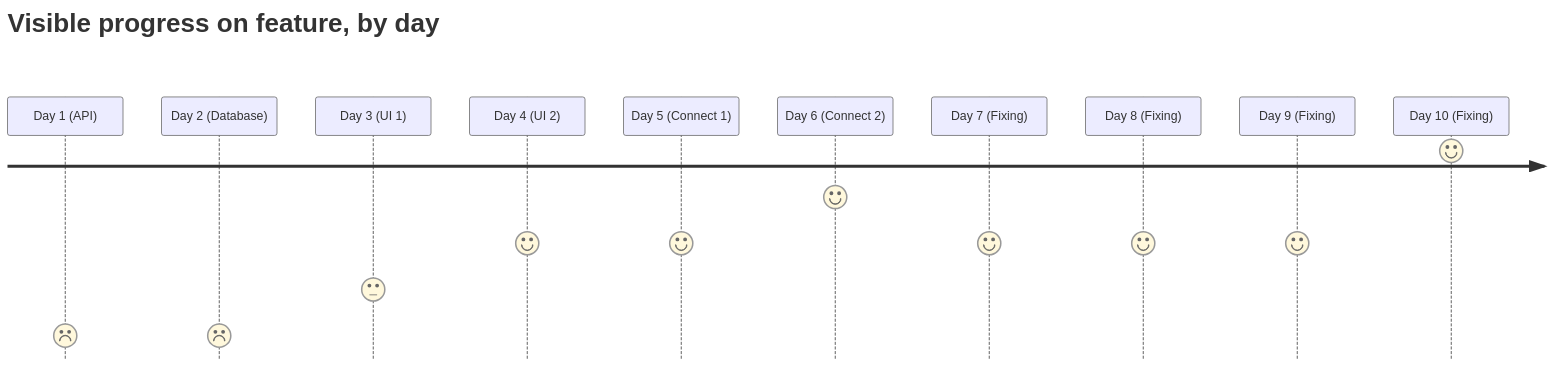
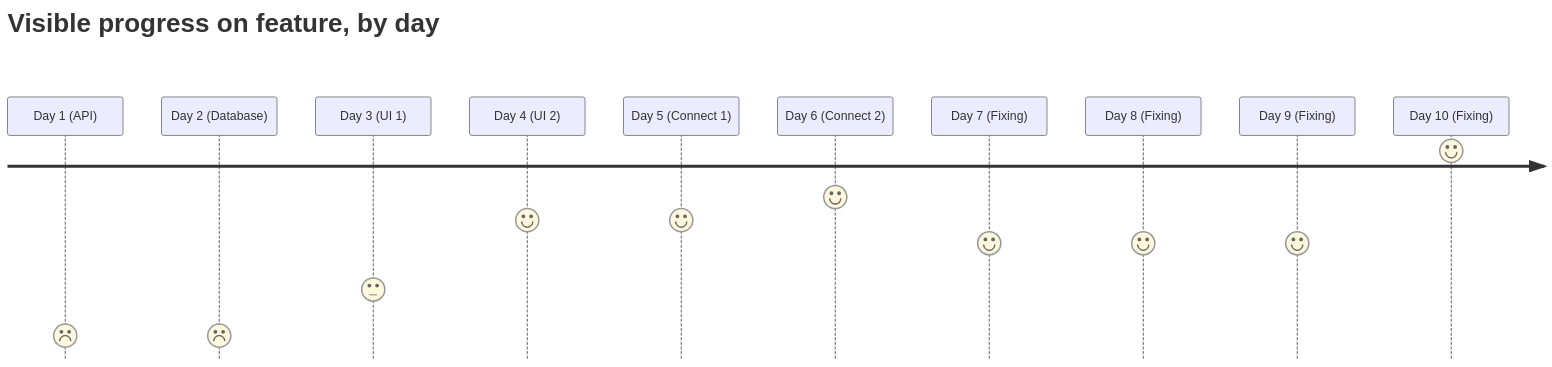
The second of 3 diagrams in _drafts/2022-08-29-using-mvp-to-develop-features.md (JakeSteam/blog-programming), drawn with Mermaid before and after one commit. The commit also changed other lines of this file and 6 other files, not shown here.

````diff
--- a/_drafts/2022-08-29-using-mvp-to-develop-features.md
+++ b/_drafts/2022-08-29-using-mvp-to-develop-features.md
@@ -50,14 +56,14 @@
 ```mermaid
 journey
     title Visible progress on feature, by day
     Day 1 (API): 1
     Day 2 (Database): 1
     Day 3 (UI 1): 3
-    Day 4 (UI 2): 5
-    Day 5 (Connect 1): 5
+    Day 4 (UI 2): 6
+    Day 5 (Connect 1): 6
     Day 6 (Connect 2): 7
     Day 7 (Fixing): 5
     Day 8 (Fixing): 5
     Day 9 (Fixing): 5
     Day 10 (Fixing): 9
 ```
````
